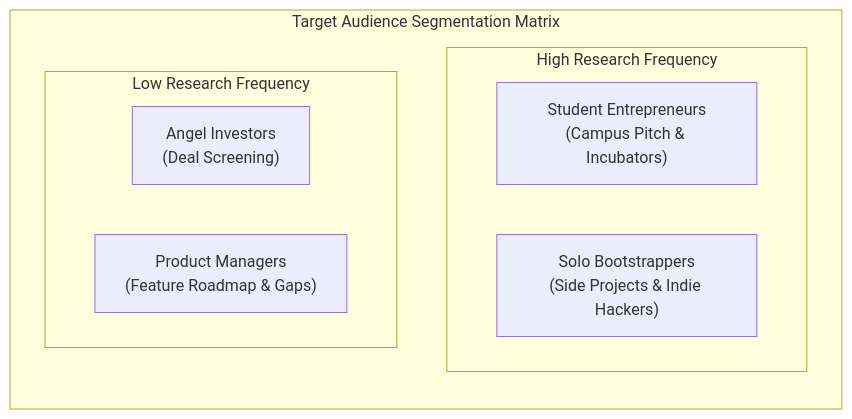
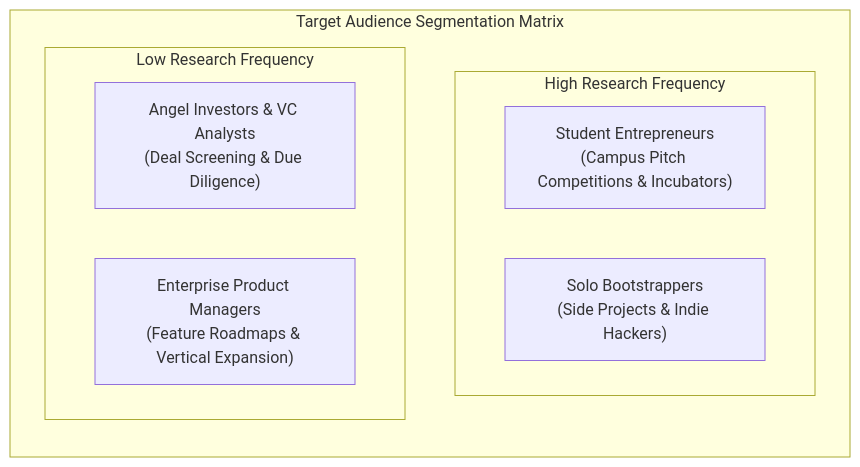
Before and after one commit to Yasaswini-ch/Development-of-AI-Based-Startup-Idea-Validator-with-Market-Analysis-Assistance: the first of 2 diagrams in docs/product-strategy-and-personas.md, drawn with Mermaid. The commit also changed other lines of this file and 6 other files, not shown here.

````diff
--- a/docs/product-strategy-and-personas.md
+++ b/docs/product-strategy-and-personas.md
@@ -21,14 +29,14 @@
 ```mermaid
 flowchart TD
     subgraph Matrix["Target Audience Segmentation Matrix"]
         direction TB
         subgraph HighResearch["High Research Frequency"]
-            P2["Student Entrepreneurs<br/>(Campus Pitch & Incubators)"]
+            P2["Student Entrepreneurs<br/>(Campus Pitch Competitions & Incubators)"]
             P1["Solo Bootstrappers<br/>(Side Projects & Indie Hackers)"]
         end
         subgraph LowResearch["Low Research Frequency"]
-            P4["Angel Investors<br/>(Deal Screening)"]
-            P3["Product Managers<br/>(Feature Roadmap & Gaps)"]
+            P4["Angel Investors & VC Analysts<br/>(Deal Screening & Due Diligence)"]
+            P3["Enterprise Product Managers<br/>(Feature Roadmaps & Vertical Expansion)"]
         end
     end
 ```
````
